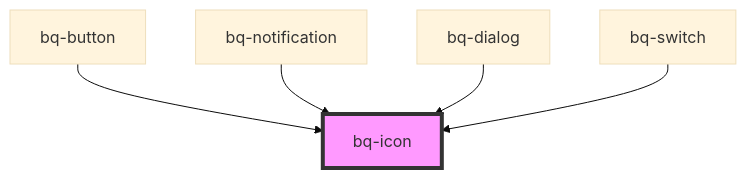
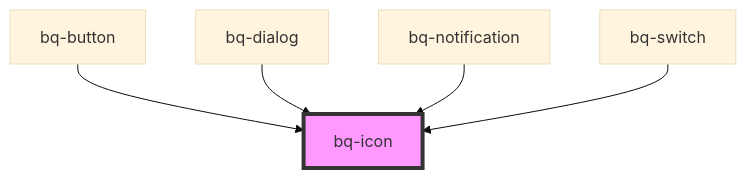
Before and after one commit to Endava/BEEQ: the diagram in packages/bee-q/src/components/icon/readme.md, drawn with Mermaid (base theme). The commit also changed other lines of this file and 3 other files, not shown here.

````diff
--- a/packages/bee-q/src/components/icon/readme.md
+++ b/packages/bee-q/src/components/icon/readme.md
@@ -45,8 +45,8 @@
 ```mermaid
 graph TD;
   bq-button --> bq-icon
+  bq-dialog --> bq-icon
   bq-notification --> bq-icon
-  bq-dialog --> bq-icon
   bq-switch --> bq-icon
   style bq-icon fill:#f9f,stroke:#333,stroke-width:4px
 ```
````
